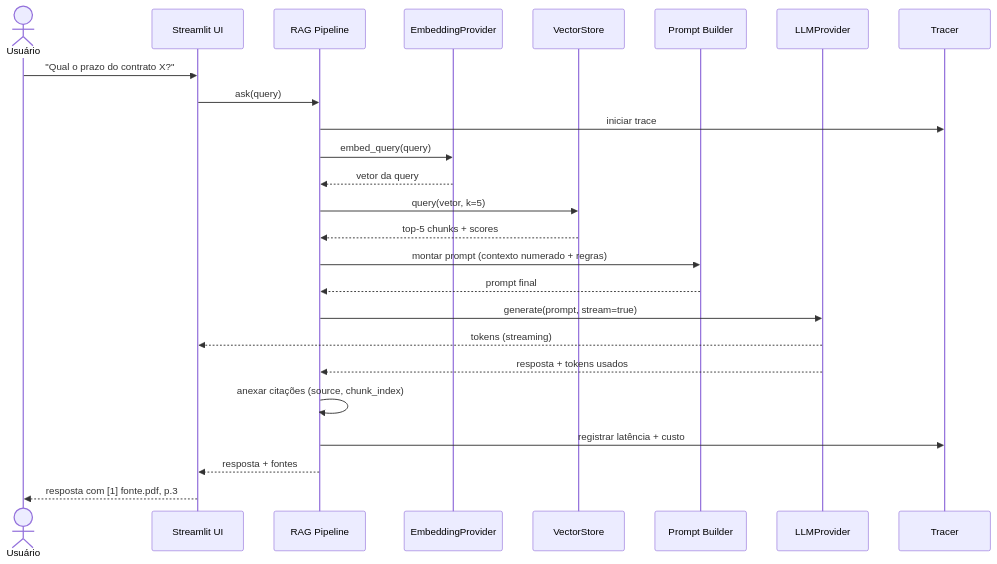
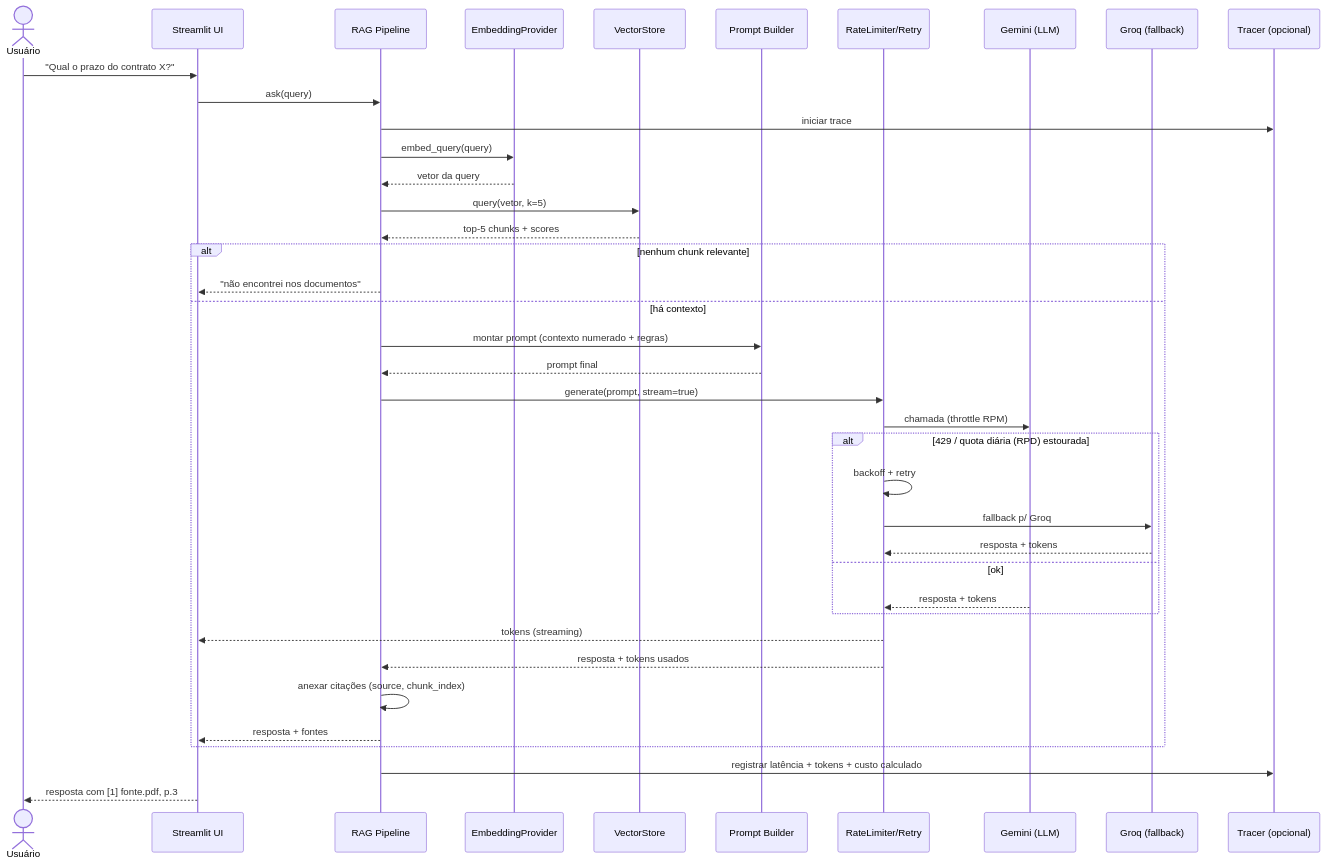
One commit to mathfrancisco/Personal-RAG-Assistant changed the fourth of 11 diagrams in 03_DIAGRAMAS_mermaid.md. Above: the diagram before and after it, drawn with Mermaid. The commit also changed other lines of this file and 1 other file, not shown here.

First line of the commit message:
docs: enrich diagrams (cache/quota/fallback) + detailed phase plan

````diff
--- a/03_DIAGRAMAS_mermaid.md
+++ b/03_DIAGRAMAS_mermaid.md
@@ -129,28 +149,42 @@
 ```mermaid
 sequenceDiagram
     actor U as Usuário
     participant UI as Streamlit UI
     participant P as RAG Pipeline
     participant E as EmbeddingProvider
     participant VS as VectorStore
     participant PR as Prompt Builder
-    participant LLM as LLMProvider
-    participant T as Tracer
+    participant RL as RateLimiter/Retry
+    participant G as Gemini (LLM)
+    participant Q as Groq (fallback)
+    participant T as Tracer (opcional)
 
     U->>UI: "Qual o prazo do contrato X?"
     UI->>P: ask(query)
     P->>T: iniciar trace
     P->>E: embed_query(query)
     E-->>P: vetor da query
     P->>VS: query(vetor, k=5)
     VS-->>P: top-5 chunks + scores
-    P->>PR: montar prompt (contexto numerado + regras)
-    PR-->>P: prompt final
-    P->>LLM: generate(prompt, stream=true)
-    LLM-->>UI: tokens (streaming)
-    LLM-->>P: resposta + tokens usados
-    P->>P: anexar citações (source, chunk_index)
-    P->>T: registrar latência + custo
-    P-->>UI: resposta + fontes
+    alt nenhum chunk relevante
+        P-->>UI: "não encontrei nos documentos"
+    else há contexto
+        P->>PR: montar prompt (contexto numerado + regras)
+        PR-->>P: prompt final
+        P->>RL: generate(prompt, stream=true)
+        RL->>G: chamada (throttle RPM)
+        alt 429 / quota diária (RPD) estourada
+            RL->>RL: backoff + retry
+            RL->>Q: fallback p/ Groq
+            Q-->>RL: resposta + tokens
+        else ok
+            G-->>RL: resposta + tokens
+        end
+        RL-->>UI: tokens (streaming)
+        RL-->>P: resposta + tokens usados
+        P->>P: anexar citações (source, chunk_index)
+        P-->>UI: resposta + fontes
+    end
+    P->>T: registrar latência + tokens + custo calculado
     UI-->>U: resposta com [1] fonte.pdf, p.3
 ```
````
